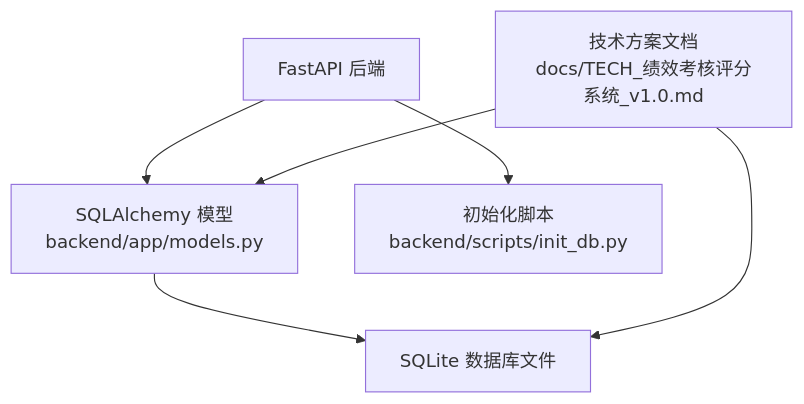
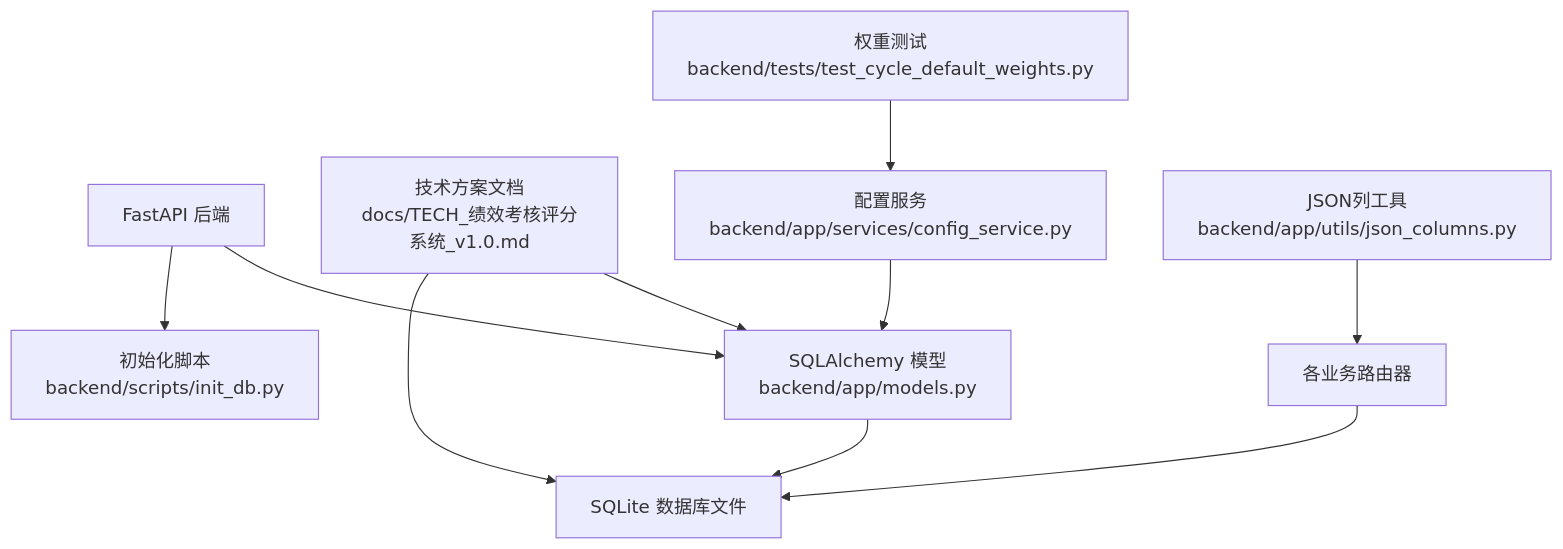
One commit to xgd561/performance_evaluation_system changed the first of 4 diagrams in .qoder/repowiki/zh/content/系统架构/数据库架构设计/表结构设计.md. Above: the diagram before and after it, drawn with Mermaid. The commit also changed other lines of this file and 136 other files, not shown here.

````diff
--- a/.qoder/repowiki/zh/content/系统架构/数据库架构设计/表结构设计.md
+++ b/.qoder/repowiki/zh/content/系统架构/数据库架构设计/表结构设计.md
@@ -43,8 +60,12 @@
 ```mermaid
 graph TB
 Backend["FastAPI 后端"] --> Models["SQLAlchemy 模型<br/>backend/app/models.py"]
 Backend --> InitDB["初始化脚本<br/>backend/scripts/init_db.py"]
 Models --> DB["SQLite 数据库文件"]
 TechDoc["技术方案文档<br/>docs/TECH_绩效考核评分系统_v1.0.md"] --> Models
 TechDoc --> DB
+ConfigService["配置服务<br/>backend/app/services/config_service.py"] --> Models
+Tests["权重测试<br/>backend/tests/test_cycle_default_weights.py"] --> ConfigService
+JsonUtils["JSON列工具<br/>backend/app/utils/json_columns.py"] --> Routers["各业务路由器"]
+Routers --> DB
 ```
````
